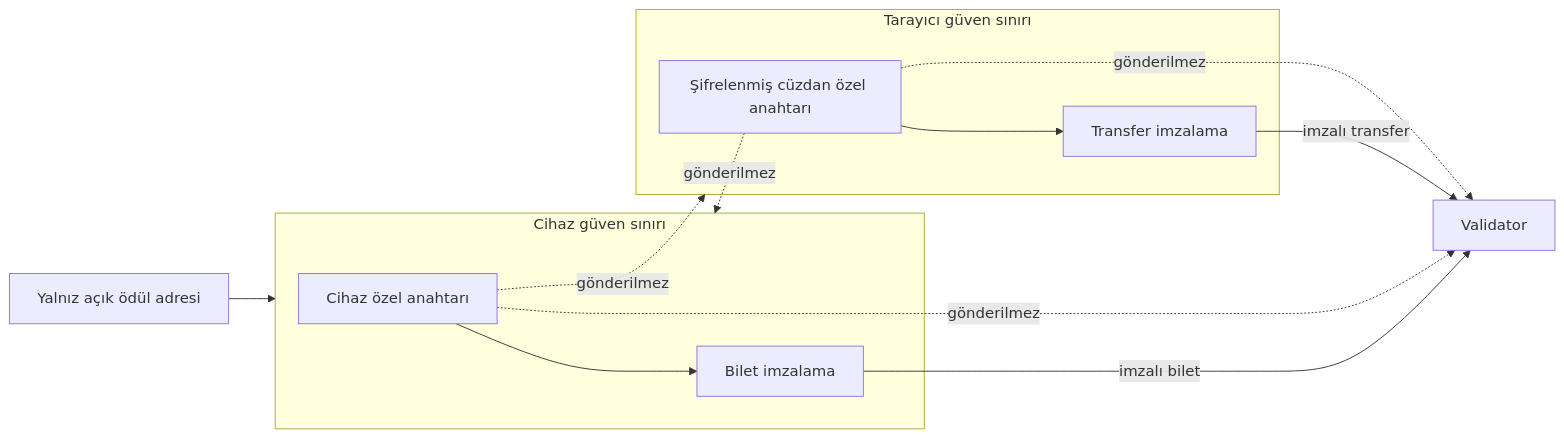
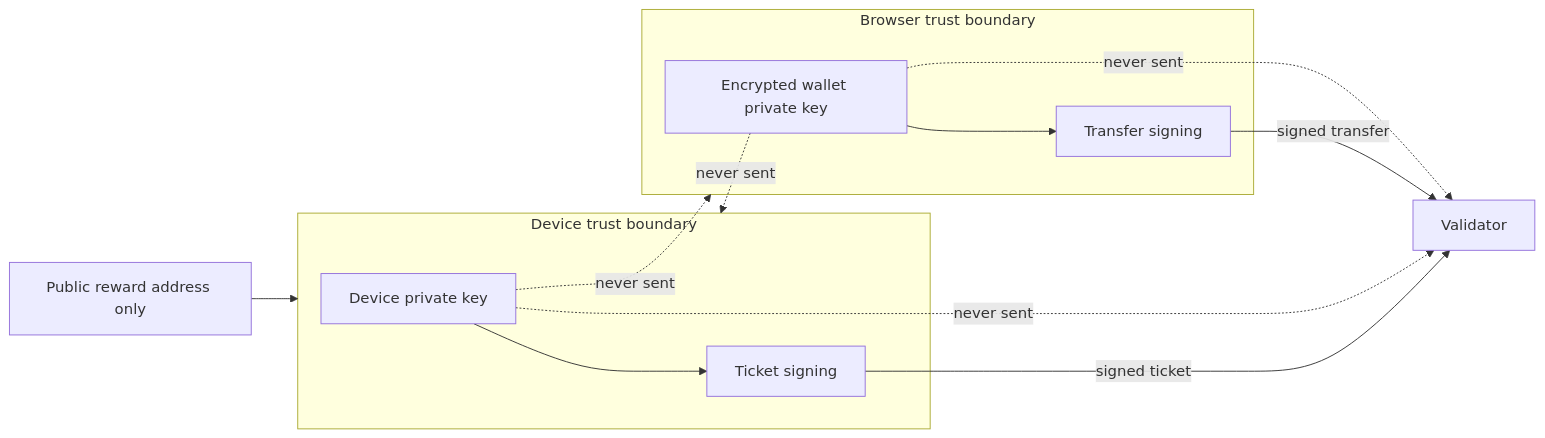
Before and after one commit to UfkuAcik/Embedded_Proof-of-Device_Network: the eighth of 15 diagrams in README.md, drawn with Mermaid. The commit also changed other lines of this file, not shown here.

````diff
--- a/README.md
+++ b/README.md
@@ -366,23 +375,23 @@
 ```mermaid
 flowchart LR
-    subgraph DEVICE["Cihaz güven sınırı"]
-        DK["Cihaz özel anahtarı"]
-        SIGN["Bilet imzalama"]
+    subgraph DEVICE["Device trust boundary"]
+        DK["Device private key"]
+        SIGN["Ticket signing"]
         DK --> SIGN
     end
 
-    subgraph BROWSER["Tarayıcı güven sınırı"]
-        WK["Şifrelenmiş cüzdan özel anahtarı"]
-        TX["Transfer imzalama"]
+    subgraph BROWSER["Browser trust boundary"]
+        WK["Encrypted wallet private key"]
+        TX["Transfer signing"]
         WK --> TX
     end
 
-    SIGN -->|"imzalı bilet"| NODE["Validator"]
-    TX -->|"imzalı transfer"| NODE
-    WALLETADDR["Yalnız açık ödül adresi"] --> DEVICE
+    SIGN -->|"signed ticket"| NODE["Validator"]
+    TX -->|"signed transfer"| NODE
+    WALLETADDR["Public reward address only"] --> DEVICE
 
-    DK -.->|"gönderilmez"| BROWSER
-    WK -.->|"gönderilmez"| DEVICE
-    DK -.->|"gönderilmez"| NODE
-    WK -.->|"gönderilmez"| NODE
+    DK -.->|"never sent"| BROWSER
+    WK -.->|"never sent"| DEVICE
+    DK -.->|"never sent"| NODE
+    WK -.->|"never sent"| NODE
 ```
````
